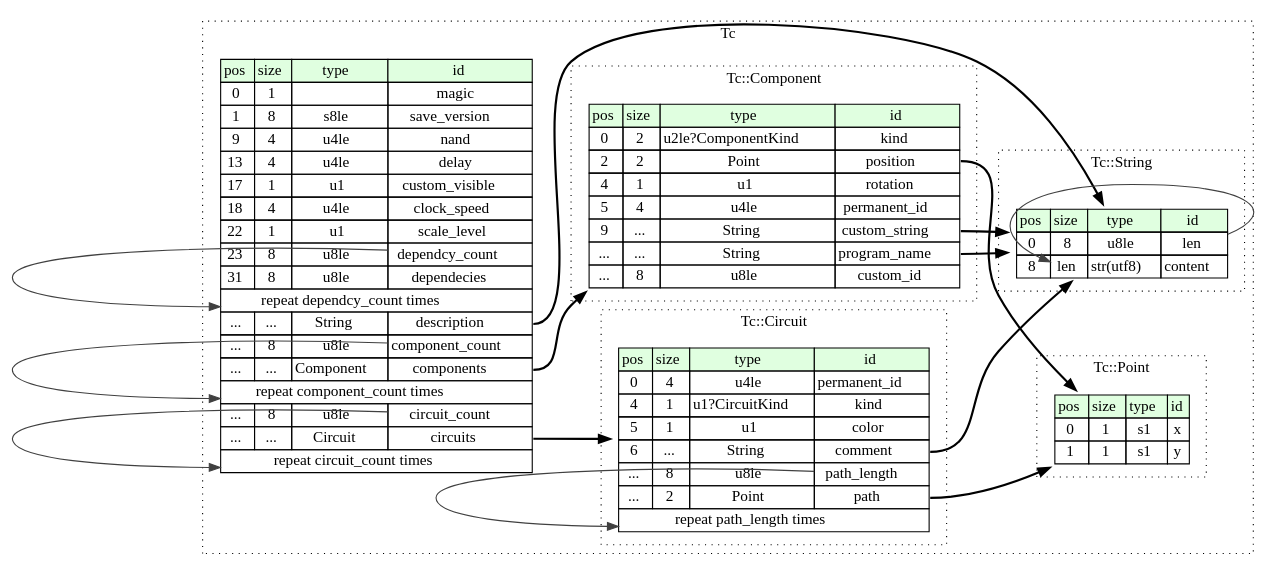
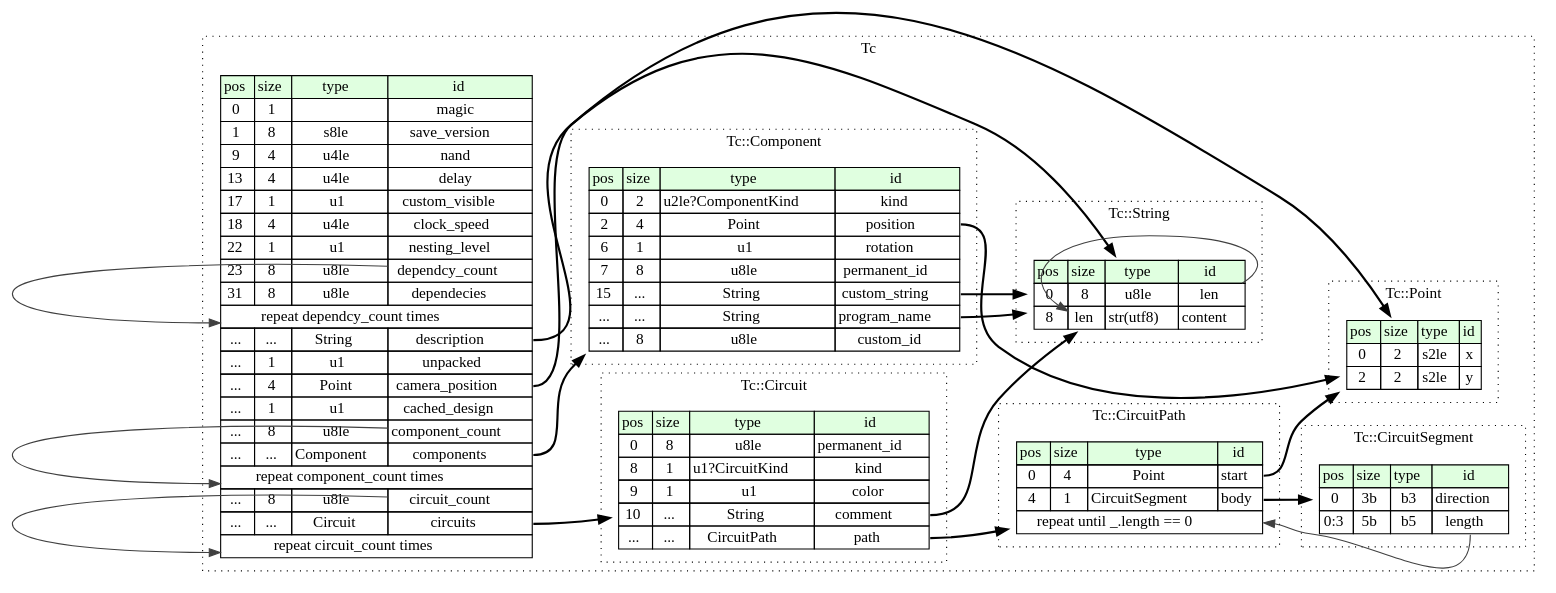
Before and after one commit to IotaBlack/TC-save-reader: the diagram in build/graphviz/tc.dot, drawn with Graphviz. The commit also changed 17 other files, not shown here.

```diff
--- a/build/graphviz/tc.dot
+++ b/build/graphviz/tc.dot
@@ -1,92 +1,117 @@
 digraph {
 	rankdir=LR;
 	node [shape=plaintext];
 	subgraph cluster__tc {
 		label="Tc";
 		graph[style=dotted];
 
 		tc__seq [label=<<TABLE BORDER="0" CELLBORDER="1" CELLSPACING="0">
 			<TR><TD BGCOLOR="#E0FFE0">pos</TD><TD BGCOLOR="#E0FFE0">size</TD><TD BGCOLOR="#E0FFE0">type</TD><TD BGCOLOR="#E0FFE0">id</TD></TR>
 			<TR><TD PORT="magic_pos">0</TD><TD PORT="magic_size">1</TD><TD></TD><TD PORT="magic_type">magic</TD></TR>
 			<TR><TD PORT="save_version_pos">1</TD><TD PORT="save_version_size">8</TD><TD>s8le</TD><TD PORT="save_version_type">save_version</TD></TR>
 			<TR><TD PORT="nand_pos">9</TD><TD PORT="nand_size">4</TD><TD>u4le</TD><TD PORT="nand_type">nand</TD></TR>
 			<TR><TD PORT="delay_pos">13</TD><TD PORT="delay_size">4</TD><TD>u4le</TD><TD PORT="delay_type">delay</TD></TR>
 			<TR><TD PORT="custom_visible_pos">17</TD><TD PORT="custom_visible_size">1</TD><TD>u1</TD><TD PORT="custom_visible_type">custom_visible</TD></TR>
 			<TR><TD PORT="clock_speed_pos">18</TD><TD PORT="clock_speed_size">4</TD><TD>u4le</TD><TD PORT="clock_speed_type">clock_speed</TD></TR>
-			<TR><TD PORT="scale_level_pos">22</TD><TD PORT="scale_level_size">1</TD><TD>u1</TD><TD PORT="scale_level_type">scale_level</TD></TR>
+			<TR><TD PORT="nesting_level_pos">22</TD><TD PORT="nesting_level_size">1</TD><TD>u1</TD><TD PORT="nesting_level_type">nesting_level</TD></TR>
 			<TR><TD PORT="dependcy_count_pos">23</TD><TD PORT="dependcy_count_size">8</TD><TD>u8le</TD><TD PORT="dependcy_count_type">dependcy_count</TD></TR>
 			<TR><TD PORT="dependecies_pos">31</TD><TD PORT="dependecies_size">8</TD><TD>u8le</TD><TD PORT="dependecies_type">dependecies</TD></TR>
 			<TR><TD COLSPAN="4" PORT="dependecies__repeat">repeat dependcy_count times</TD></TR>
 			<TR><TD PORT="description_pos">...</TD><TD PORT="description_size">...</TD><TD>String</TD><TD PORT="description_type">description</TD></TR>
+			<TR><TD PORT="unpacked_pos">...</TD><TD PORT="unpacked_size">1</TD><TD>u1</TD><TD PORT="unpacked_type">unpacked</TD></TR>
+			<TR><TD PORT="camera_position_pos">...</TD><TD PORT="camera_position_size">4</TD><TD>Point</TD><TD PORT="camera_position_type">camera_position</TD></TR>
+			<TR><TD PORT="cached_design_pos">...</TD><TD PORT="cached_design_size">1</TD><TD>u1</TD><TD PORT="cached_design_type">cached_design</TD></TR>
 			<TR><TD PORT="component_count_pos">...</TD><TD PORT="component_count_size">8</TD><TD>u8le</TD><TD PORT="component_count_type">component_count</TD></TR>
 			<TR><TD PORT="components_pos">...</TD><TD PORT="components_size">...</TD><TD>Component</TD><TD PORT="components_type">components</TD></TR>
 			<TR><TD COLSPAN="4" PORT="components__repeat">repeat component_count times</TD></TR>
 			<TR><TD PORT="circuit_count_pos">...</TD><TD PORT="circuit_count_size">8</TD><TD>u8le</TD><TD PORT="circuit_count_type">circuit_count</TD></TR>
 			<TR><TD PORT="circuits_pos">...</TD><TD PORT="circuits_size">...</TD><TD>Circuit</TD><TD PORT="circuits_type">circuits</TD></TR>
 			<TR><TD COLSPAN="4" PORT="circuits__repeat">repeat circuit_count times</TD></TR>
 		</TABLE>>];
+		subgraph cluster__point {
+			label="Tc::Point";
+			graph[style=dotted];
+
+			point__seq [label=<<TABLE BORDER="0" CELLBORDER="1" CELLSPACING="0">
+				<TR><TD BGCOLOR="#E0FFE0">pos</TD><TD BGCOLOR="#E0FFE0">size</TD><TD BGCOLOR="#E0FFE0">type</TD><TD BGCOLOR="#E0FFE0">id</TD></TR>
+				<TR><TD PORT="x_pos">0</TD><TD PORT="x_size">2</TD><TD>s2le</TD><TD PORT="x_type">x</TD></TR>
+				<TR><TD PORT="y_pos">2</TD><TD PORT="y_size">2</TD><TD>s2le</TD><TD PORT="y_type">y</TD></TR>
+			</TABLE>>];
+		}
 		subgraph cluster__string {
 			label="Tc::String";
 			graph[style=dotted];
 
 			string__seq [label=<<TABLE BORDER="0" CELLBORDER="1" CELLSPACING="0">
 				<TR><TD BGCOLOR="#E0FFE0">pos</TD><TD BGCOLOR="#E0FFE0">size</TD><TD BGCOLOR="#E0FFE0">type</TD><TD BGCOLOR="#E0FFE0">id</TD></TR>
 				<TR><TD PORT="len_pos">0</TD><TD PORT="len_size">8</TD><TD>u8le</TD><TD PORT="len_type">len</TD></TR>
 				<TR><TD PORT="content_pos">8</TD><TD PORT="content_size">len</TD><TD>str(utf8)</TD><TD PORT="content_type">content</TD></TR>
 			</TABLE>>];
 		}
-		subgraph cluster__point {
-			label="Tc::Point";
+		subgraph cluster__circuit_path {
+			label="Tc::CircuitPath";
 			graph[style=dotted];
 
-			point__seq [label=<<TABLE BORDER="0" CELLBORDER="1" CELLSPACING="0">
+			circuit_path__seq [label=<<TABLE BORDER="0" CELLBORDER="1" CELLSPACING="0">
 				<TR><TD BGCOLOR="#E0FFE0">pos</TD><TD BGCOLOR="#E0FFE0">size</TD><TD BGCOLOR="#E0FFE0">type</TD><TD BGCOLOR="#E0FFE0">id</TD></TR>
-				<TR><TD PORT="x_pos">0</TD><TD PORT="x_size">1</TD><TD>s1</TD><TD PORT="x_type">x</TD></TR>
-				<TR><TD PORT="y_pos">1</TD><TD PORT="y_size">1</TD><TD>s1</TD><TD PORT="y_type">y</TD></TR>
+				<TR><TD PORT="start_pos">0</TD><TD PORT="start_size">4</TD><TD>Point</TD><TD PORT="start_type">start</TD></TR>
+				<TR><TD PORT="body_pos">4</TD><TD PORT="body_size">1</TD><TD>CircuitSegment</TD><TD PORT="body_type">body</TD></TR>
+				<TR><TD COLSPAN="4" PORT="body__repeat">repeat until _.length == 0</TD></TR>
+			</TABLE>>];
+		}
+		subgraph cluster__circuit_segment {
+			label="Tc::CircuitSegment";
+			graph[style=dotted];
+
+			circuit_segment__seq [label=<<TABLE BORDER="0" CELLBORDER="1" CELLSPACING="0">
+				<TR><TD BGCOLOR="#E0FFE0">pos</TD><TD BGCOLOR="#E0FFE0">size</TD><TD BGCOLOR="#E0FFE0">type</TD><TD BGCOLOR="#E0FFE0">id</TD></TR>
+				<TR><TD PORT="direction_pos">0</TD><TD PORT="direction_size">3b</TD><TD>b3</TD><TD PORT="direction_type">direction</TD></TR>
+				<TR><TD PORT="length_pos">0:3</TD><TD PORT="length_size">5b</TD><TD>b5</TD><TD PORT="length_type">length</TD></TR>
+			</TABLE>>];
+		}
+		subgraph cluster__circuit {
+			label="Tc::Circuit";
+			graph[style=dotted];
+
+			circuit__seq [label=<<TABLE BORDER="0" CELLBORDER="1" CELLSPACING="0">
+				<TR><TD BGCOLOR="#E0FFE0">pos</TD><TD BGCOLOR="#E0FFE0">size</TD><TD BGCOLOR="#E0FFE0">type</TD><TD BGCOLOR="#E0FFE0">id</TD></TR>
+				<TR><TD PORT="permanent_id_pos">0</TD><TD PORT="permanent_id_size">8</TD><TD>u8le</TD><TD PORT="permanent_id_type">permanent_id</TD></TR>
+				<TR><TD PORT="kind_pos">8</TD><TD PORT="kind_size">1</TD><TD>u1?CircuitKind</TD><TD PORT="kind_type">kind</TD></TR>
+				<TR><TD PORT="color_pos">9</TD><TD PORT="color_size">1</TD><TD>u1</TD><TD PORT="color_type">color</TD></TR>
+				<TR><TD PORT="comment_pos">10</TD><TD PORT="comment_size">...</TD><TD>String</TD><TD PORT="comment_type">comment</TD></TR>
+				<TR><TD PORT="path_pos">...</TD><TD PORT="path_size">...</TD><TD>CircuitPath</TD><TD PORT="path_type">path</TD></TR>
 			</TABLE>>];
 		}
 		subgraph cluster__component {
 			label="Tc::Component";
 			graph[style=dotted];
 
 			component__seq [label=<<TABLE BORDER="0" CELLBORDER="1" CELLSPACING="0">
 				<TR><TD BGCOLOR="#E0FFE0">pos</TD><TD BGCOLOR="#E0FFE0">size</TD><TD BGCOLOR="#E0FFE0">type</TD><TD BGCOLOR="#E0FFE0">id</TD></TR>
 				<TR><TD PORT="kind_pos">0</TD><TD PORT="kind_size">2</TD><TD>u2le?ComponentKind</TD><TD PORT="kind_type">kind</TD></TR>
-				<TR><TD PORT="position_pos">2</TD><TD PORT="position_size">2</TD><TD>Point</TD><TD PORT="position_type">position</TD></TR>
-				<TR><TD PORT="rotation_pos">4</TD><TD PORT="rotation_size">1</TD><TD>u1</TD><TD PORT="rotation_type">rotation</TD></TR>
-				<TR><TD PORT="permanent_id_pos">5</TD><TD PORT="permanent_id_size">4</TD><TD>u4le</TD><TD PORT="permanent_id_type">permanent_id</TD></TR>
-				<TR><TD PORT="custom_string_pos">9</TD><TD PORT="custom_string_size">...</TD><TD>String</TD><TD PORT="custom_string_type">custom_string</TD></TR>
+				<TR><TD PORT="position_pos">2</TD><TD PORT="position_size">4</TD><TD>Point</TD><TD PORT="position_type">position</TD></TR>
+				<TR><TD PORT="rotation_pos">6</TD><TD PORT="rotation_size">1</TD><TD>u1</TD><TD PORT="rotation_type">rotation</TD></TR>
+				<TR><TD PORT="permanent_id_pos">7</TD><TD PORT="permanent_id_size">8</TD><TD>u8le</TD><TD PORT="permanent_id_type">permanent_id</TD></TR>
+				<TR><TD PORT="custom_string_pos">15</TD><TD PORT="custom_string_size">...</TD><TD>String</TD><TD PORT="custom_string_type">custom_string</TD></TR>
 				<TR><TD PORT="program_name_pos">...</TD><TD PORT="program_name_size">...</TD><TD>String</TD><TD PORT="program_name_type">program_name</TD></TR>
 				<TR><TD PORT="custom_id_pos">...</TD><TD PORT="custom_id_size">8</TD><TD>u8le</TD><TD PORT="custom_id_type">custom_id</TD></TR>
-			</TABLE>>];
-		}
-		subgraph cluster__circuit {
-			label="Tc::Circuit";
-			graph[style=dotted];
-
-			circuit__seq [label=<<TABLE BORDER="0" CELLBORDER="1" CELLSPACING="0">
-				<TR><TD BGCOLOR="#E0FFE0">pos</TD><TD BGCOLOR="#E0FFE0">size</TD><TD BGCOLOR="#E0FFE0">type</TD><TD BGCOLOR="#E0FFE0">id</TD></TR>
-				<TR><TD PORT="permanent_id_pos">0</TD><TD PORT="permanent_id_size">4</TD><TD>u4le</TD><TD PORT="permanent_id_type">permanent_id</TD></TR>
-				<TR><TD PORT="kind_pos">4</TD><TD PORT="kind_size">1</TD><TD>u1?CircuitKind</TD><TD PORT="kind_type">kind</TD></TR>
-				<TR><TD PORT="color_pos">5</TD><TD PORT="color_size">1</TD><TD>u1</TD><TD PORT="color_type">color</TD></TR>
-				<TR><TD PORT="comment_pos">6</TD><TD PORT="comment_size">...</TD><TD>String</TD><TD PORT="comment_type">comment</TD></TR>
-				<TR><TD PORT="path_length_pos">...</TD><TD PORT="path_length_size">8</TD><TD>u8le</TD><TD PORT="path_length_type">path_length</TD></TR>
-				<TR><TD PORT="path_pos">...</TD><TD PORT="path_size">2</TD><TD>Point</TD><TD PORT="path_type">path</TD></TR>
-				<TR><TD COLSPAN="4" PORT="path__repeat">repeat path_length times</TD></TR>
 			</TABLE>>];
 		}
 	}
 	tc__seq:dependcy_count_type -> tc__seq:dependecies__repeat [color="#404040"];
 	tc__seq:description_type -> string__seq [style=bold];
+	tc__seq:camera_position_type -> point__seq [style=bold];
 	tc__seq:components_type -> component__seq [style=bold];
 	tc__seq:component_count_type -> tc__seq:components__repeat [color="#404040"];
 	tc__seq:circuits_type -> circuit__seq [style=bold];
 	tc__seq:circuit_count_type -> tc__seq:circuits__repeat [color="#404040"];
 	string__seq:len_type -> string__seq:content_size [color="#404040"];
+	circuit_path__seq:start_type -> point__seq [style=bold];
+	circuit_path__seq:body_type -> circuit_segment__seq [style=bold];
+	circuit_segment__seq:length_type -> circuit_path__seq:body__repeat [color="#404040"];
+	circuit__seq:comment_type -> string__seq [style=bold];
+	circuit__seq:path_type -> circuit_path__seq [style=bold];
 	component__seq:position_type -> point__seq [style=bold];
 	component__seq:custom_string_type -> string__seq [style=bold];
 	component__seq:program_name_type -> string__seq [style=bold];
-	circuit__seq:comment_type -> string__seq [style=bold];
-	circuit__seq:path_type -> point__seq [style=bold];
-	circuit__seq:path_length_type -> circuit__seq:path__repeat [color="#404040"];
 }
```
